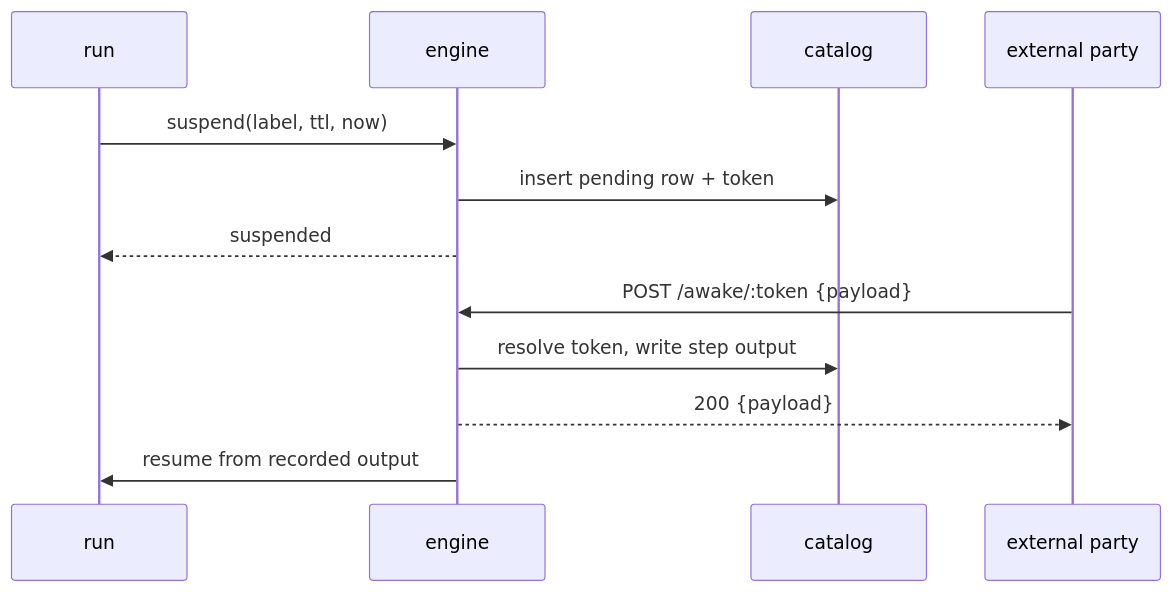
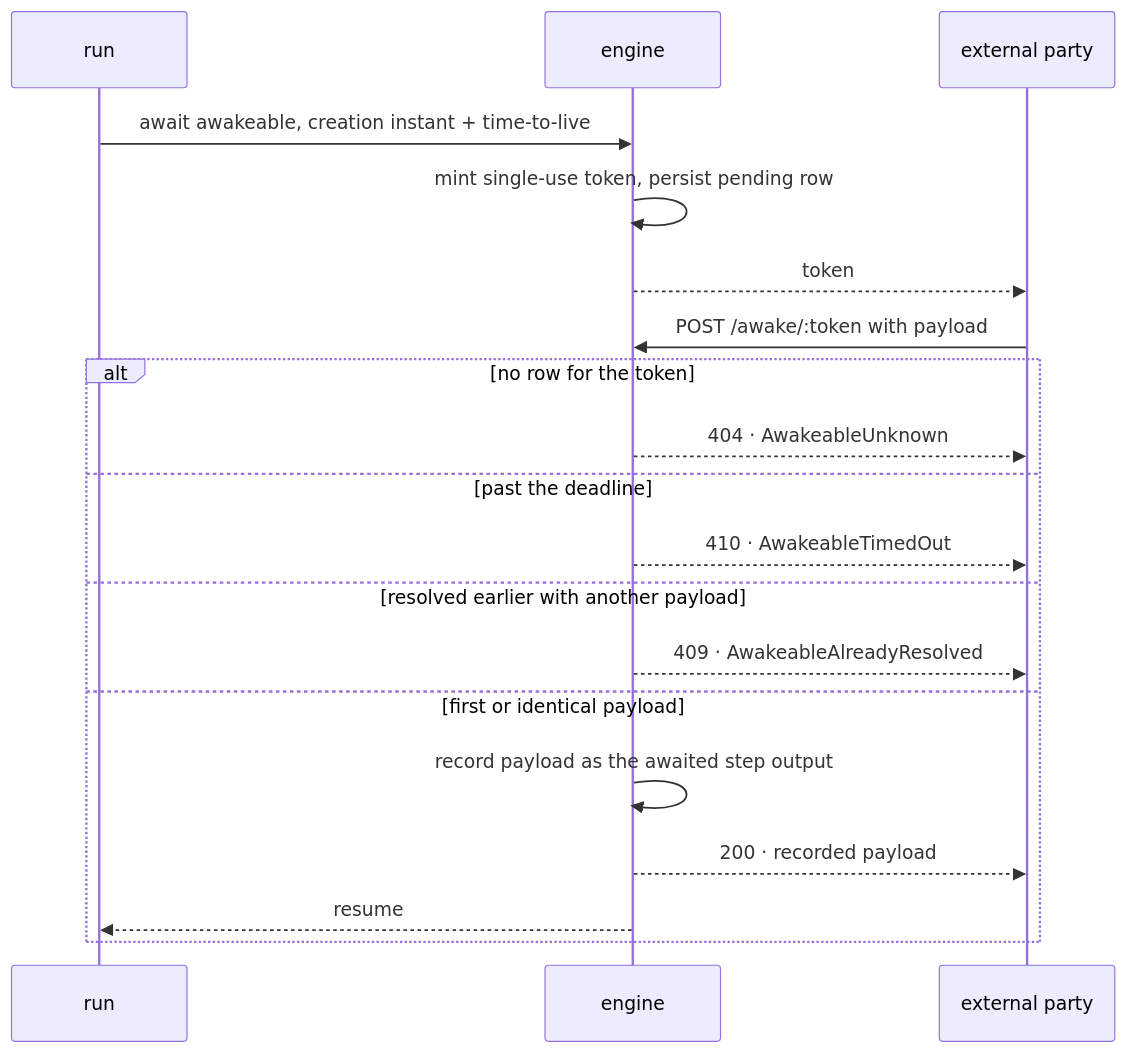
Before and after one commit to fractalboxdev/contextful: the third of 6 diagrams in spec/30-run.md, drawn with Mermaid. The commit also changed other lines of this file and 471 other files, not shown here.

````diff
--- a/spec/30-run.md
+++ b/spec/30-run.md
@@ -352,14 +122,21 @@
 ```mermaid
 sequenceDiagram
   participant R as run
   participant E as engine
-  participant C as catalog
   participant X as external party
-  R->>E: suspend(label, ttl, now)
-  E->>C: insert pending row + token
-  E-->>R: suspended
-  X->>E: POST /awake/:token {payload}
-  E->>C: resolve token, write step output
-  E-->>X: 200 {payload}
-  E->>R: resume from recorded output
+  R->>E: await awakeable, creation instant + time-to-live
+  E->>E: mint single-use token, persist pending row
+  E-->>X: token
+  X->>E: POST /awake/:token with payload
+  alt no row for the token
+    E-->>X: 404 · AwakeableUnknown
+  else past the deadline
+    E-->>X: 410 · AwakeableTimedOut
+  else resolved earlier with another payload
+    E-->>X: 409 · AwakeableAlreadyResolved
+  else first or identical payload
+    E->>E: record payload as the awaited step output
+    E-->>X: 200 · recorded payload
+    E-->>R: resume
+  end
 ```
````
